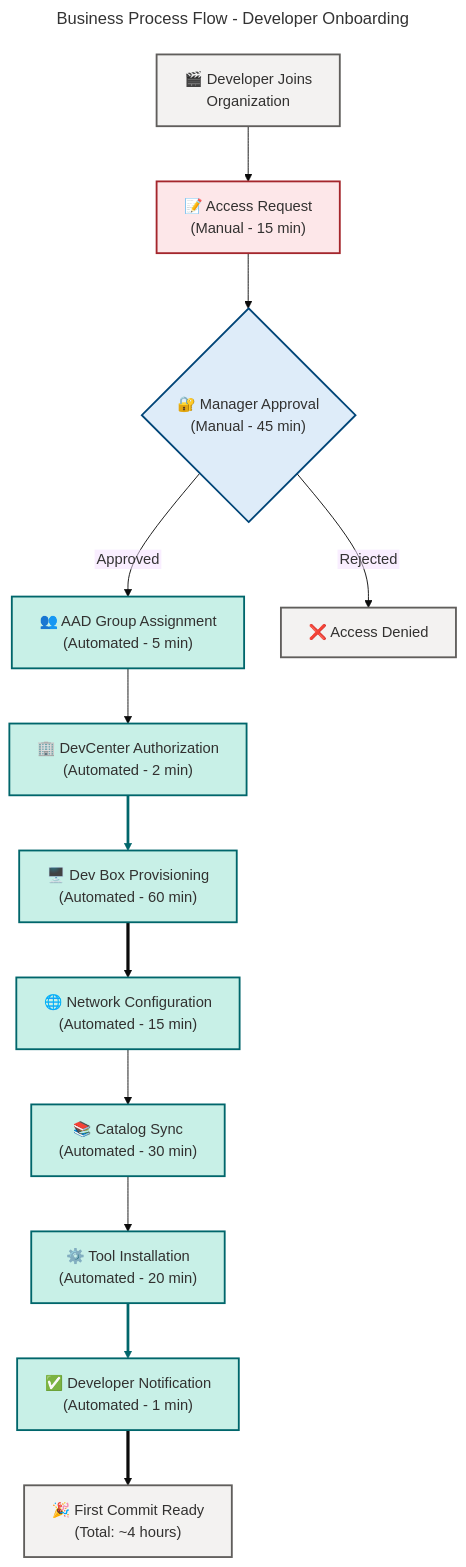
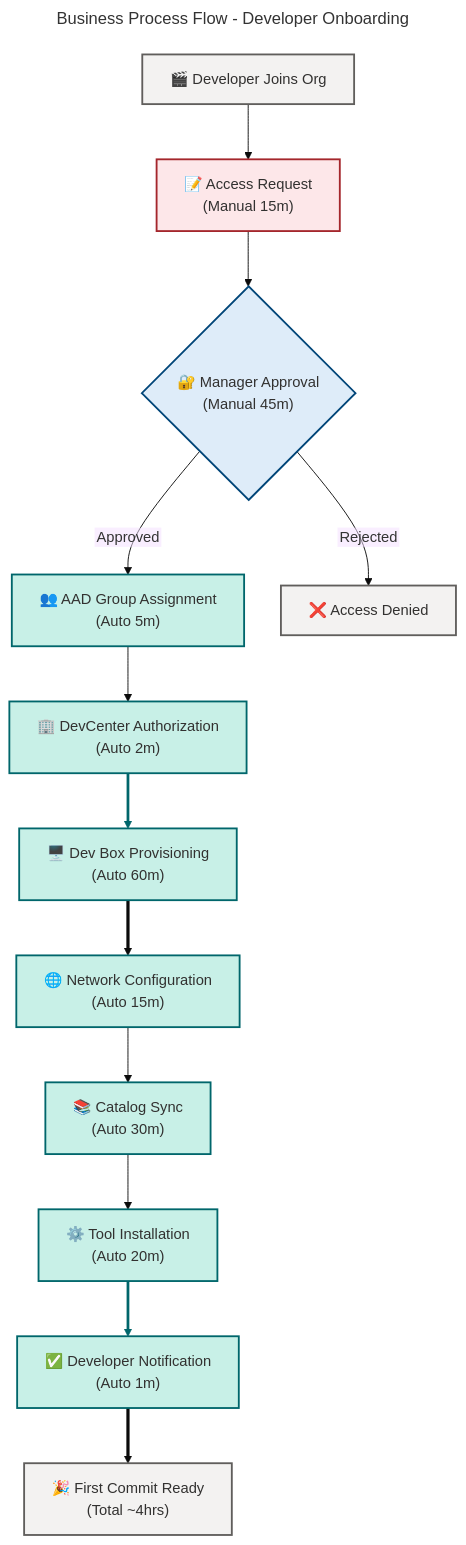
The second of 4 diagrams in docs/architecture/Business-Architecture.md (Evilazaro/DevExp-DevBox), drawn with Mermaid before and after one commit. The commit also changed other lines of this file, not shown here.

Commit message:
refactor: simplify labels in Business Architecture diagrams for clarity and consistency

```diff
--- a/docs/architecture/Business-Architecture.md
+++ b/docs/architecture/Business-Architecture.md
@@ -649,42 +649,42 @@
     %% PHASE 5 - STANDARD: Flat structure, semantic colors only on content nodes
     %% ═══════════════════════════════════════════════════════════════════════════
 
-    START["🎬 Developer Joins<br/>Organization"]:::neutral
+    START["🎬 Developer Joins Org"]:::neutral
     START --> STEP1
 
-    STEP1["📝 Access Request<br/>(Manual - 15 min)"]:::manual
+    STEP1["📝 Access Request<br/>(Manual 15m)"]:::manual
     STEP1 --> DEC1
 
-    DEC1{"🔐 Manager Approval<br/>(Manual - 45 min)"}:::decision
+    DEC1{"🔐 Manager Approval<br/>(Manual 45m)"}:::decision
     DEC1 -->|Approved| STEP2
     DEC1 -->|Rejected| END_REJECT["❌ Access Denied"]:::neutral
 
-    STEP2["👥 AAD Group Assignment<br/>(Automated - 5 min)"]:::automated
+    STEP2["👥 AAD Group Assignment<br/>(Auto 5m)"]:::automated
     STEP2 --> STEP3
 
-    STEP3["🏢 DevCenter Authorization<br/>(Automated - 2 min)"]:::automated
+    STEP3["🏢 DevCenter Authorization<br/>(Auto 2m)"]:::automated
     STEP3 --> STEP4
 
-    STEP4["🖥️ Dev Box Provisioning<br/>(Automated - 60 min)"]:::automated
+    STEP4["🖥️ Dev Box Provisioning<br/>(Auto 60m)"]:::automated
     STEP4 e3@==> STEP5
 
-    STEP5["🌐 Network Configuration<br/>(Automated - 15 min)"]:::automated
+    STEP5["🌐 Network Configuration<br/>(Auto 15m)"]:::automated
     STEP5 --> STEP6
 
-    STEP6["📚 Catalog Sync<br/>(Automated - 30 min)"]:::automated
+    STEP6["📚 Catalog Sync<br/>(Auto 30m)"]:::automated
     STEP6 --> STEP7
 
-    STEP7["⚙️ Tool Installation<br/>(Automated - 20 min)"]:::automated
+    STEP7["⚙️ Tool Installation<br/>(Auto 20m)"]:::automated
     STEP7 --> STEP8
 
-    STEP8["✅ Developer Notification<br/>(Automated - 1 min)"]:::automated
+    STEP8["✅ Developer Notification<br/>(Auto 1m)"]:::automated
     STEP8 e4@==> END_SUCCESS
 
     %% Edge styling for critical path (P3 feature)
     linkStyle 5 stroke:#00666B,stroke-width:3px
     linkStyle 9 stroke:#00666B,stroke-width:3px
 
-    END_SUCCESS["🎉 First Commit Ready<br/>(Total: ~4 hours)"]:::neutral
+    END_SUCCESS["🎉 First Commit Ready<br/>(Total ~4hrs)"]:::neutral
 
     %% Required classDef palette (ALL 14 - MANDATORY per MRM-D002)
     classDef level1Group fill:#FFFFFF,stroke:#605E5C,stroke-width:3px,color:#323130
```
